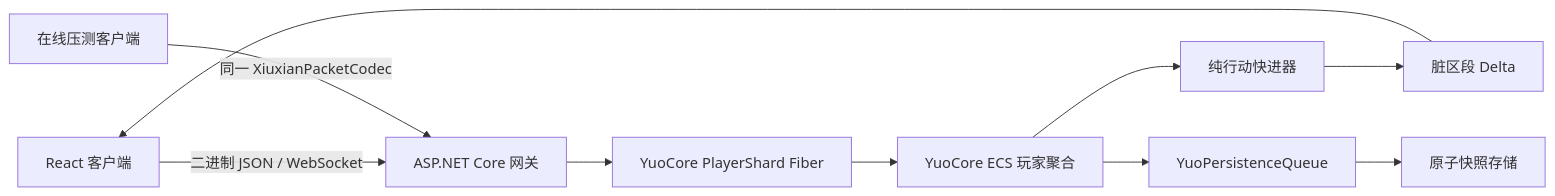
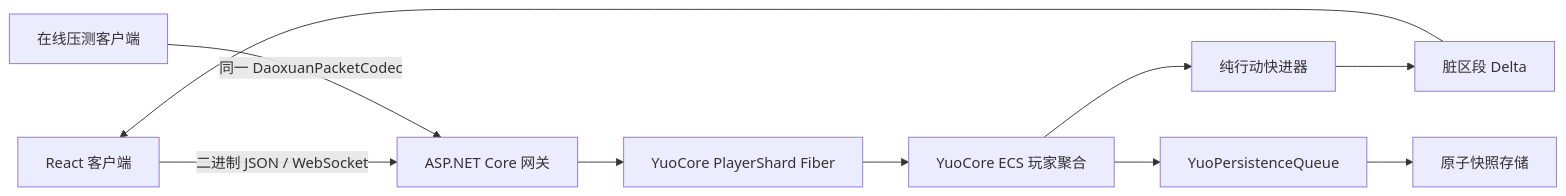
The diagram in docs/design/initial-design.md (fruktoguo/daohua), drawn with Mermaid before and after one commit. The commit also changed other lines of this file and 189 other files, not shown here.

````diff
--- a/docs/design/initial-design.md
+++ b/docs/design/initial-design.md
@@ -87,12 +87,12 @@
 ```mermaid
 flowchart LR
     UI[React 客户端] -->|二进制 JSON / WebSocket| WS[ASP.NET Core 网关]
-    LOAD[在线压测客户端] -->|同一 XiuxianPacketCodec| WS
+    LOAD[在线压测客户端] -->|同一 DaoxuanPacketCodec| WS
     WS --> FIBER[YuoCore PlayerShard Fiber]
     FIBER --> ECS[YuoCore ECS 玩家聚合]
     ECS --> SIM[纯行动快进器]
     SIM --> DELTA[脏区段 Delta]
     DELTA --> UI
     ECS --> QUEUE[YuoPersistenceQueue]
     QUEUE --> SNAPSHOT[原子快照存储]
 ```
````
